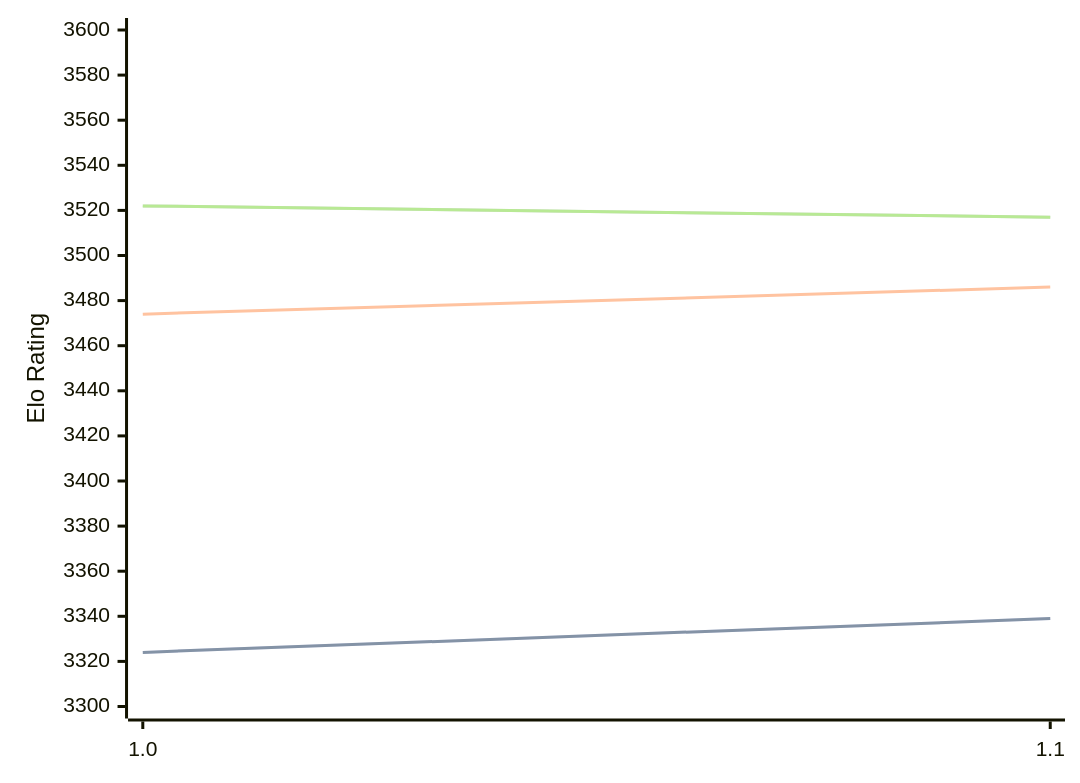
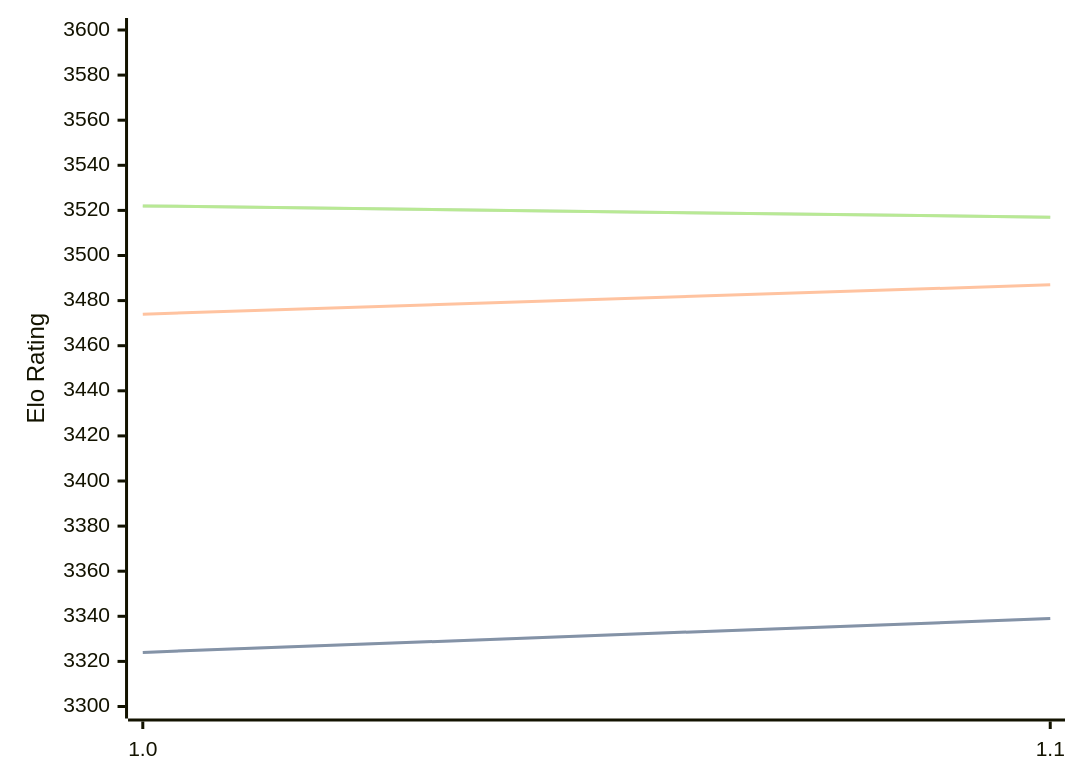
The third of 3 diagrams in engines/Horsie.md (computer-chess-index/cci), drawn with Mermaid before and after one commit. The commit also changed other lines of this file, not shown here.

````diff
--- a/engines/Horsie.md
+++ b/engines/Horsie.md
@@ -65,11 +65,11 @@
 ```mermaid
 %%{init: {"theme":"base","themeVariables":{"seriesColors:['#a3a3a3','#222221','#faa371']}}}%%
 xychart-beta
   x-axis ["1.0", "1.1"]
   y-axis "Elo Rating" 3300 --> 3600
   line "STC (8.0+0.08s)" [3324, 3339]
   line "STC (8.0+0.08s)" [3324, 3339]
-  line "LTC (60.0+0.60s)" [3474, 3486]
+  line "LTC (60.0+0.60s)" [3474, 3487]
   line "VLTC (2m24s+1.12s)" [3522, 3517]
   line "VLTC (2m24s+1.12s)" [3522, 3517]
 ```
````
